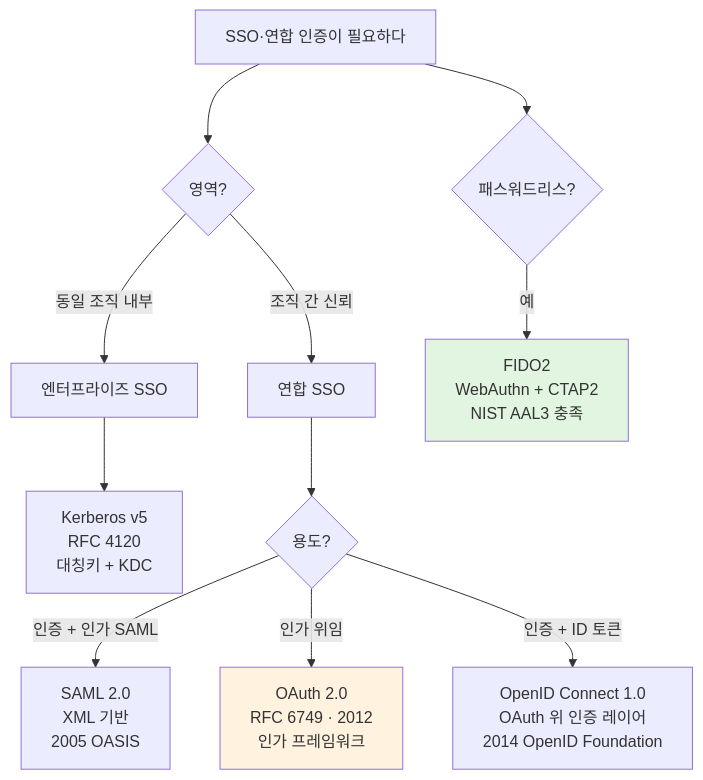
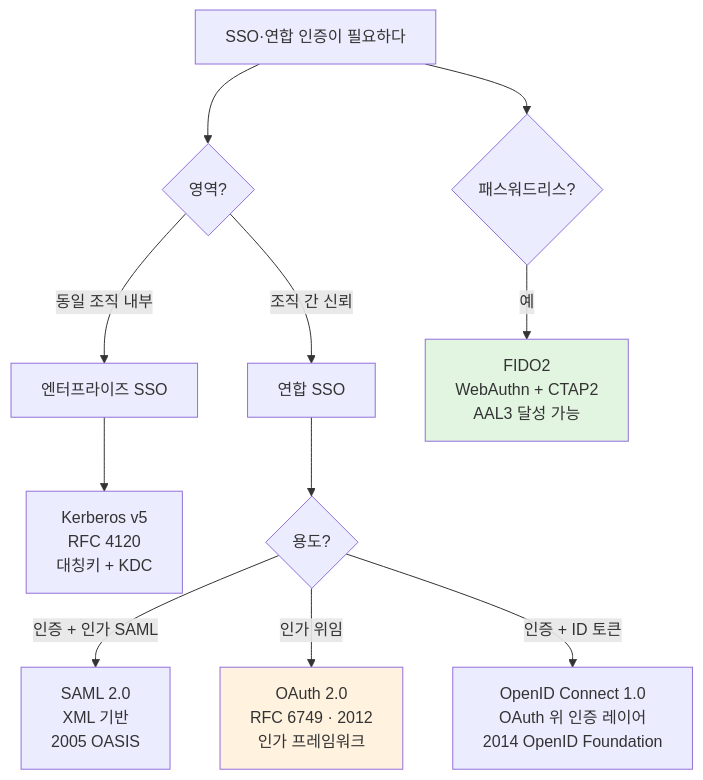
One commit to ianrang/cs-study changed the fourth of 5 diagrams in cs/information-security/study/04.security-general/01.authentication.md. Above: the diagram before and after it, drawn with Mermaid. The commit also changed other lines of this file, not shown here.

First line of the commit message:
docs(infosec): 인증 학습 노트 검토 반영 (NIST·AAL·FIDO·TOTP 등)

````diff
--- a/cs/information-security/study/04.security-general/01.authentication.md
+++ b/cs/information-security/study/04.security-general/01.authentication.md
@@ -826,19 +838,19 @@
 ```mermaid
 graph TD
   Q[SSO·연합 인증이 필요하다] --> Q1{영역?}
   Q1 -- 동일 조직 내부 --> ENT[엔터프라이즈 SSO]
   Q1 -- 조직 간 신뢰 --> FED[연합 SSO]
 
   ENT --> KER[Kerberos v5<br/>RFC 4120<br/>대칭키 + KDC]
 
   FED --> Q2{용도?}
   Q2 -- 인증 + 인가 SAML --> SAML[SAML 2.0<br/>XML 기반<br/>2005 OASIS]
   Q2 -- 인가 위임 --> OAU[OAuth 2.0<br/>RFC 6749 · 2012<br/>인가 프레임워크]
   Q2 -- 인증 + ID 토큰 --> OIDC[OpenID Connect 1.0<br/>OAuth 위 인증 레이어<br/>2014 OpenID Foundation]
 
   Q --> Q3{패스워드리스?}
-  Q3 -- 예 --> FIDO[FIDO2<br/>WebAuthn + CTAP2<br/>NIST AAL3 충족]
+  Q3 -- 예 --> FIDO[FIDO2<br/>WebAuthn + CTAP2<br/>AAL3 달성 가능]
 
   style FIDO fill:#e1f5e1
   style OAU fill:#fff3e0
 ```
````
